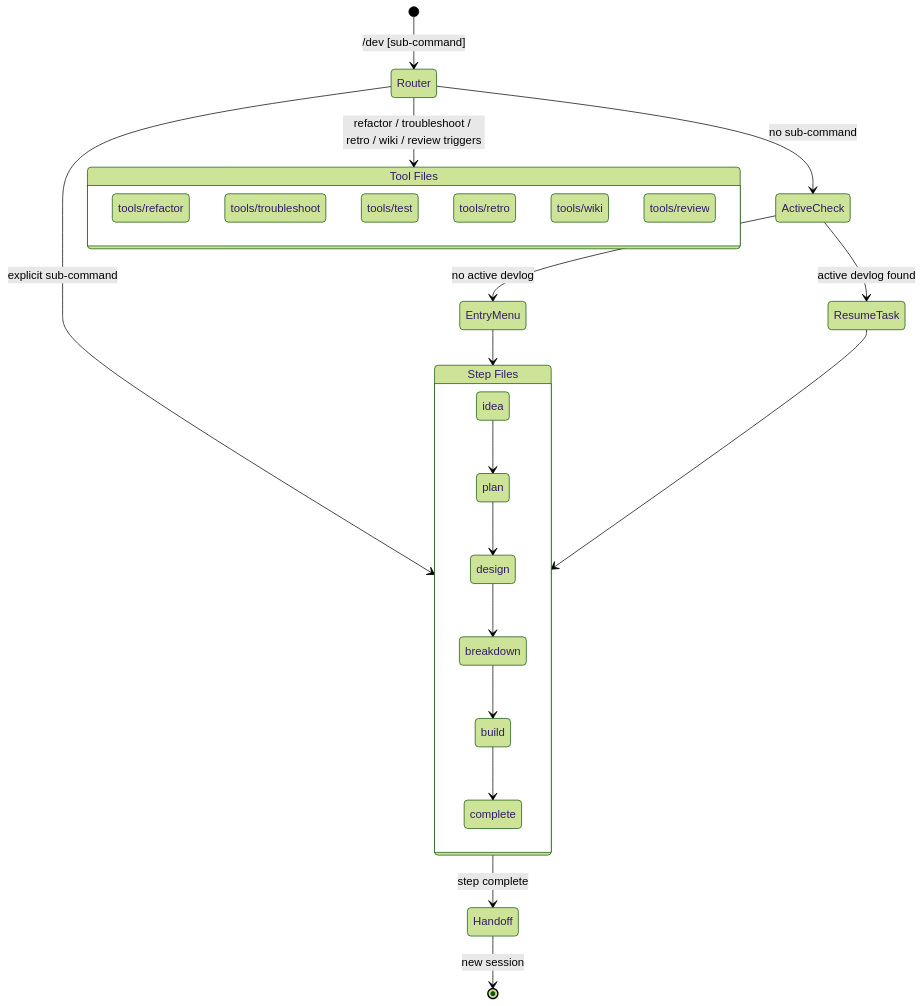
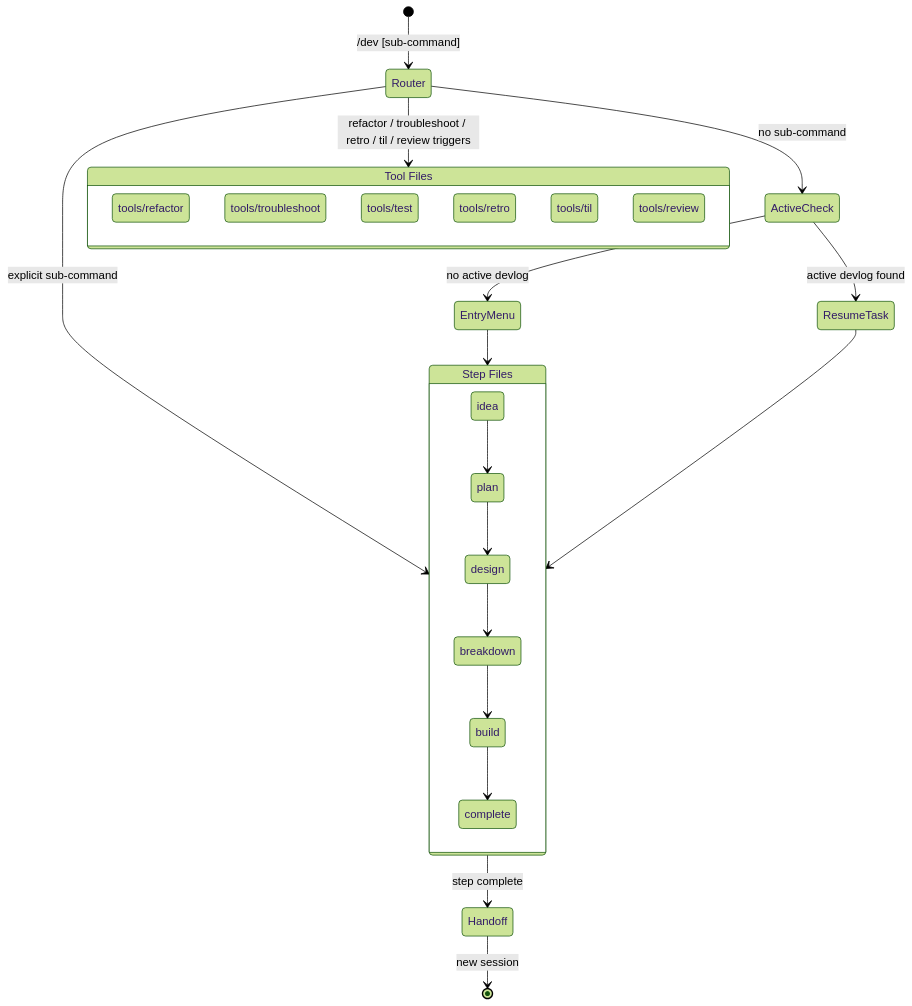
One commit to gloriaJun/grimoire changed the diagram in skills/dev/SKILL.md. Above: the diagram before and after it, drawn with Mermaid (forest theme). The commit also changed other lines of this file and 10 other files, not shown here.

First line of the commit message:
refactor: restructure obsidian notes and rename /dev wiki to /dev til

````diff
--- a/skills/dev/SKILL.md
+++ b/skills/dev/SKILL.md
@@ -26,34 +26,34 @@
 ```mermaid
 stateDiagram-v2
     [*] --> Router: /dev [sub-command]
 
     Router --> ActiveCheck: no sub-command
-    Router --> DirectTool: refactor / troubleshoot / retro / wiki / review triggers
+    Router --> DirectTool: refactor / troubleshoot / retro / til / review triggers
     Router --> StepFile: explicit sub-command
 
     ActiveCheck --> ResumeTask: active devlog found
     ActiveCheck --> EntryMenu: no active devlog
     EntryMenu --> StepFile
 
     ResumeTask --> StepFile
 
     state "Step Files" as StepFile {
         idea --> plan
         plan --> design
         design --> breakdown
         breakdown --> build
         build --> complete
     }
 
     state "Tool Files" as DirectTool {
         refactor_tool: tools/refactor
         troubleshoot_tool: tools/troubleshoot
         test_tool: tools/test
         retro_tool: tools/retro
-        wiki_tool: tools/wiki
+        til_tool: tools/til
         review_tool: tools/review
     }
 
     StepFile --> Handoff: step complete
     Handoff --> [*]: new session
 ```
````
